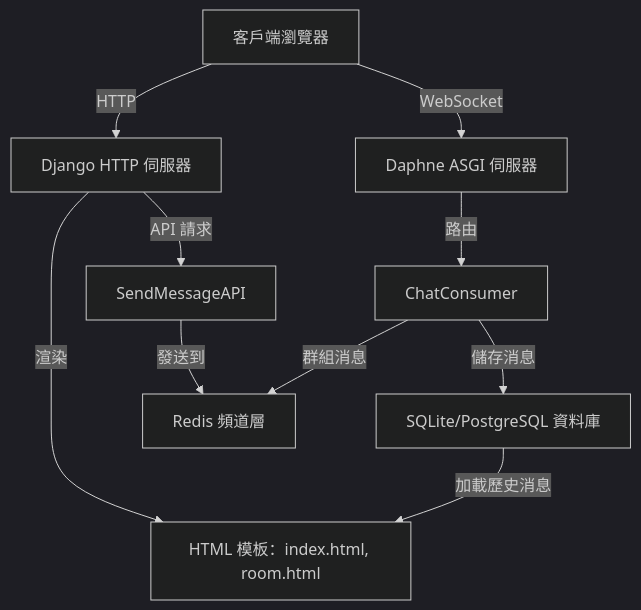
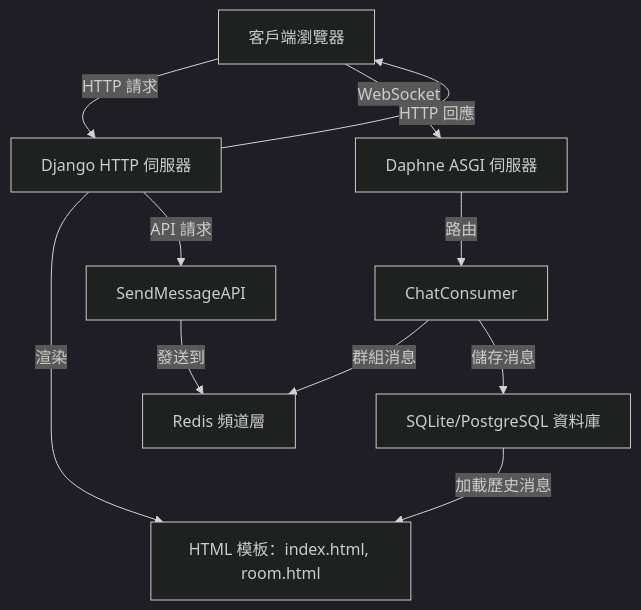
One commit to BpsEason/realtime_chat_django changed the diagram in README.md. Above: the diagram before and after it, drawn with Mermaid (dark theme).

````diff
--- a/README.md
+++ b/README.md
@@ -17,12 +17,13 @@
 ```mermaid
 graph TD
-    A[客戶端瀏覽器] -->|HTTP| B[Django HTTP 伺服器]
+    A[客戶端瀏覽器] -->|HTTP 請求| B[Django HTTP 伺服器]
     A -->|WebSocket| C[Daphne ASGI 伺服器]
     B -->|渲染| D[HTML 模板：index.html, room.html]
+    B -->|HTTP 回應| A
     C -->|路由| E[ChatConsumer]
     E -->|群組消息| F[Redis 頻道層]
     E -->|儲存消息| G[SQLite/PostgreSQL 資料庫]
     B -->|API 請求| H[SendMessageAPI]
     H -->|發送到| F
     G -->|加載歷史消息| D
 ```
````
